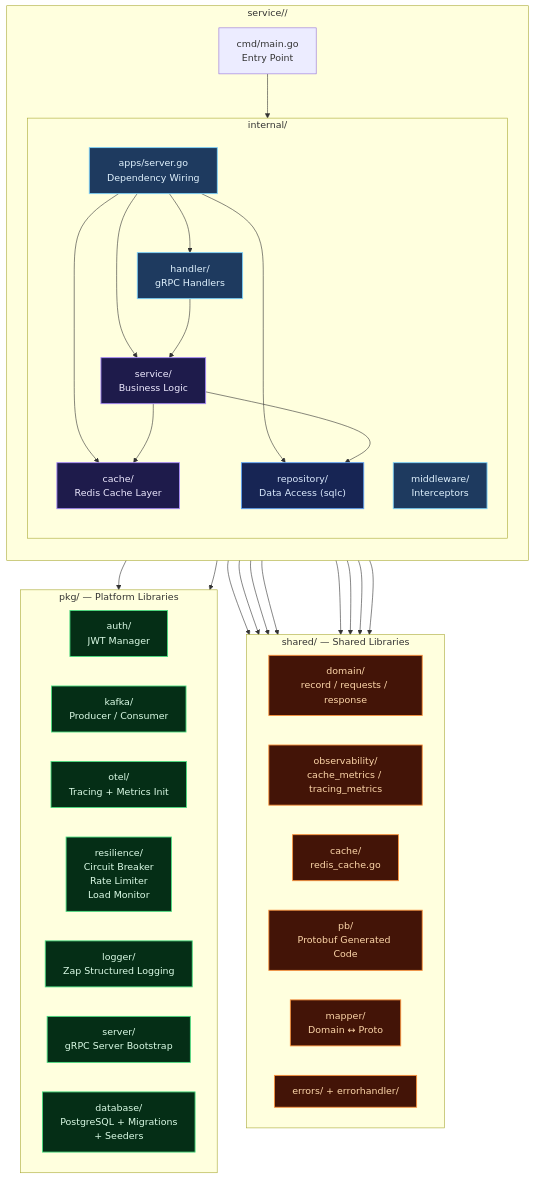
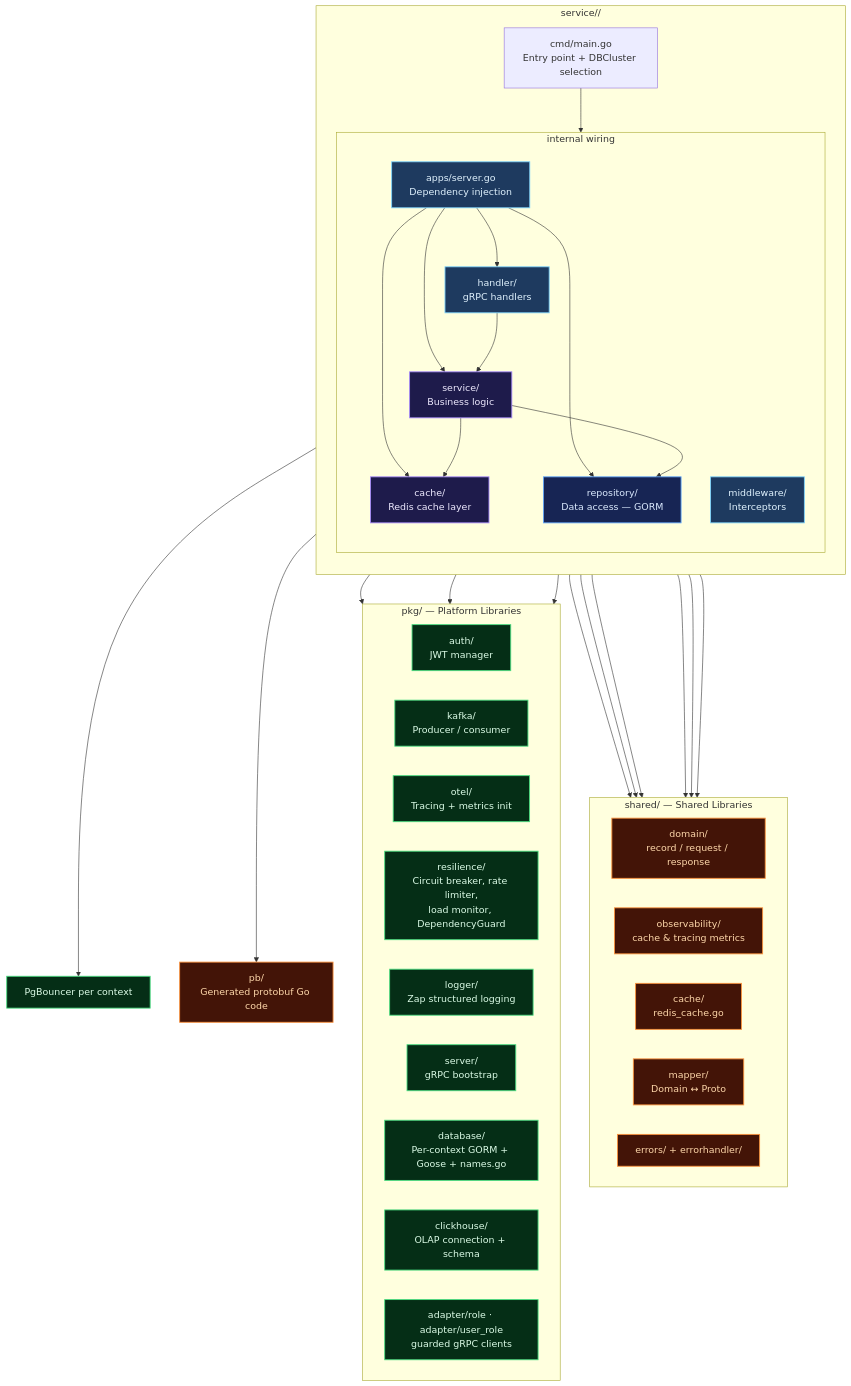
Before and after one commit to MamangRust/microservice-ecommerce-grpc-graphql: the seventh of 14 diagrams in README.md, drawn with Mermaid. The commit also changed other lines of this file and 1253 other files, not shown here.

Commit message:
PostgreSQL cluster-per-bounded-context

````diff
--- a/README.md
+++ b/README.md
@@ -211,65 +602,70 @@
 ```mermaid
 graph TB
     classDef handler fill:#1e3a5f,stroke:#7dd3fc,color:#e0f2fe,stroke-width:1.5px
     classDef service fill:#1e1b4b,stroke:#a78bfa,color:#ede9fe,stroke-width:1.5px
     classDef repo fill:#172554,stroke:#60a5fa,color:#dbeafe,stroke-width:1.5px
     classDef infra fill:#052e16,stroke:#4ade80,color:#dcfce7,stroke-width:1.5px
     classDef shared fill:#431407,stroke:#fb923c,color:#fed7aa,stroke-width:1.5px
 
     subgraph Service["service/<name>/"]
         direction TB
 
-        CMD["cmd/main.go<br/>Entry Point"]
+        CMD["cmd/main.go<br/>Entry point + DBCluster selection"]
 
-        subgraph Internal["internal/"]
+        subgraph Internal["internal wiring"]
             direction TB
-            APPS["apps/server.go<br/>Dependency Wiring"]:::handler
-            HANDLER["handler/<br/>gRPC Handlers"]:::handler
+            APPS["apps/server.go<br/>Dependency injection"]:::handler
+            HANDLER["handler/<br/>gRPC handlers"]:::handler
             MW["middleware/<br/>Interceptors"]:::handler
-            SVC["service/<br/>Business Logic"]:::service
-            CACHE["cache/<br/>Redis Cache Layer"]:::service
-            REPO["repository/<br/>Data Access (sqlc)"]:::repo
+            SVC["service/<br/>Business logic"]:::service
+            CACHE["cache/<br/>Redis cache layer"]:::service
+            REPO["repository/<br/>Data access — GORM"]:::repo
         end
 
         CMD --> APPS
         APPS --> HANDLER
         APPS --> SVC
         APPS --> CACHE
         APPS --> REPO
         HANDLER --> SVC
         SVC --> REPO
         SVC --> CACHE
     end
 
     subgraph SharedLibs["shared/ — Shared Libraries"]
         direction LR
-        DOMAIN["domain/<br/>record / requests / response"]:::shared
-        OBS["observability/<br/>cache_metrics / tracing_metrics"]:::shared
+        DOMAIN["domain/<br/>record / request / response"]:::shared
+        OBS["observability/<br/>cache & tracing metrics"]:::shared
         CACHESHARED["cache/<br/>redis_cache.go"]:::shared
-        PB["pb/<br/>Protobuf Generated Code"]:::shared
         MAPPER["mapper/<br/>Domain ↔ Proto"]:::shared
         ERRORS["errors/ + errorhandler/"]:::shared
     end
 
     subgraph PkgLibs["pkg/ — Platform Libraries"]
         direction LR
-        PKGAUTH["auth/<br/>JWT Manager"]:::infra
-        PKGKAFKA["kafka/<br/>Producer / Consumer"]:::infra
-        PKGOTEL["otel/<br/>Tracing + Metrics Init"]:::infra
-        PKGRES["resilience/<br/>Circuit Breaker<br/>Rate Limiter<br/>Load Monitor"]:::infra
-        PKGLOG["logger/<br/>Zap Structured Logging"]:::infra
-        PKGSRV["server/<br/>gRPC Server Bootstrap"]:::infra
-        PKGDB["database/<br/>PostgreSQL + Migrations<br/>+ Seeders"]:::infra
+        PKGAUTH["auth/<br/>JWT manager"]:::infra
+        PKGKAFKA["kafka/<br/>Producer / consumer"]:::infra
+        PKGOTEL["otel/<br/>Tracing + metrics init"]:::infra
+        PKGRES["resilience/<br/>Circuit breaker, rate limiter,<br/>load monitor, DependencyGuard"]:::infra
+        PKGLOG["logger/<br/>Zap structured logging"]:::infra
+        PKGSRV["server/<br/>gRPC bootstrap"]:::infra
+        PKGDB["database/<br/>Per-context GORM + Goose + names.go"]:::infra
+        PKGCH["clickhouse/<br/>OLAP connection + schema"]:::infra
+        PKGADAPTER["adapter/role · adapter/user_role<br/>guarded gRPC clients"]:::infra
     end
 
+    PB["pb/<br/>Generated protobuf Go code"]:::shared
+    PGB_EXT["PgBouncer per context"]:::infra
+
     REPO --> DOMAIN
-    REPO --> PB
+    REPO --> PGB_EXT
     SVC --> DOMAIN
     SVC --> OBS
     HANDLER --> PB
     HANDLER --> MAPPER
     APPS --> PKGSRV
     APPS --> PKGOTEL
     APPS --> CACHESHARED
+    APPS --> PKGADAPTER
     APPS --> OBS
 ```
````
